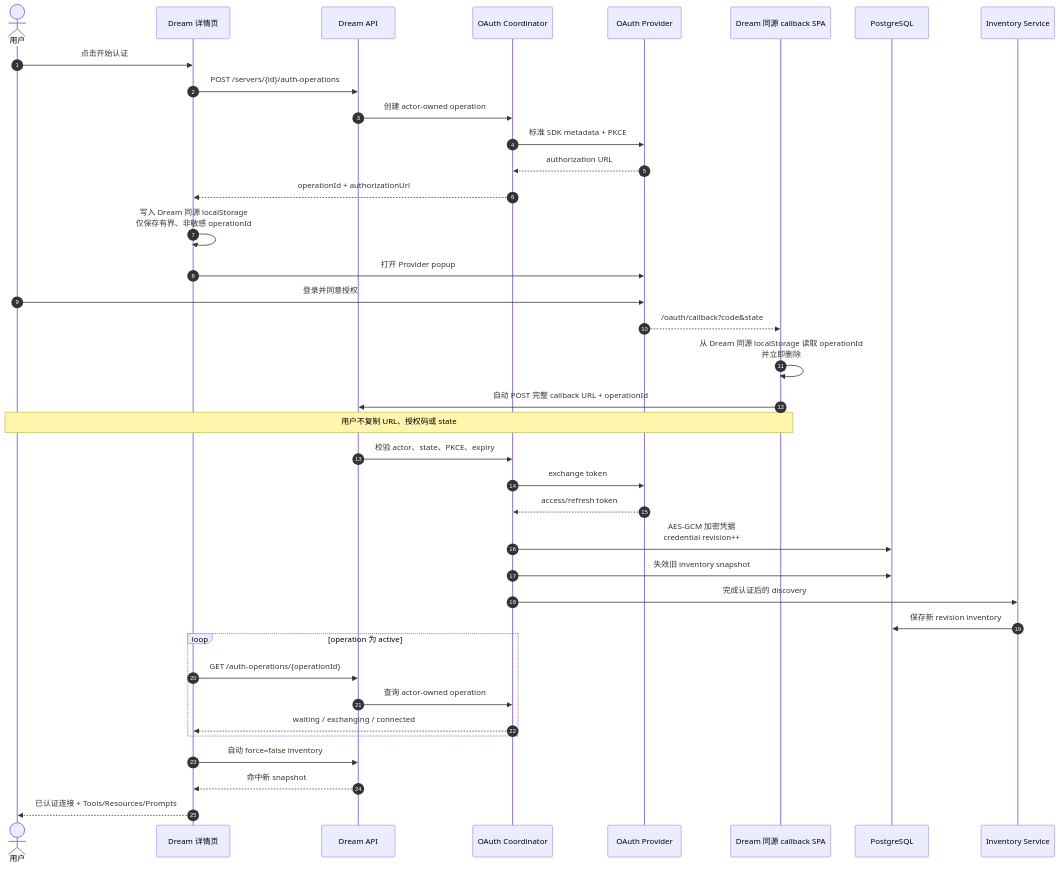
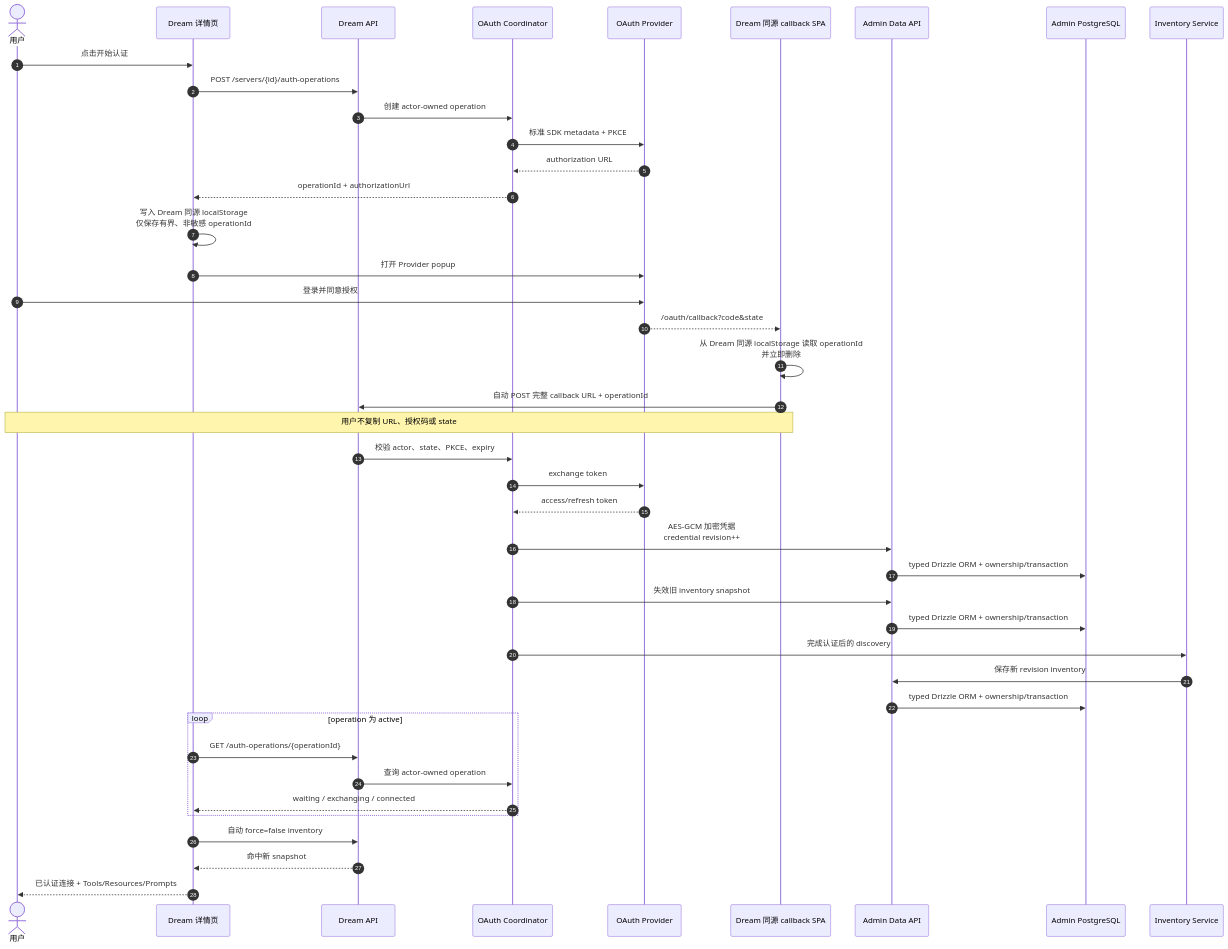
The fifth of 10 diagrams in docs/design/claude-agent/dream-managed-mcp-business-sequences.md (glide-the/im-dream), drawn with Mermaid before and after one commit. The commit also changed other lines of this file and 30 other files, not shown here.

```diff
--- a/docs/design/claude-agent/dream-managed-mcp-business-sequences.md
+++ b/docs/design/claude-agent/dream-managed-mcp-business-sequences.md
@@ -189,41 +207,45 @@
 ~~~mermaid
 sequenceDiagram
     autonumber
     actor U as 用户
     participant UI as Dream 详情页
     participant API as Dream API
     participant O as OAuth Coordinator
     participant P as OAuth Provider
     participant CB as Dream 同源 callback SPA
-    participant DB as PostgreSQL
+    participant Admin as Admin Data API
+    participant DB as Admin PostgreSQL
     participant D as Inventory Service
 
     U->>UI: 点击开始认证
     UI->>API: POST /servers/{id}/auth-operations
     API->>O: 创建 actor-owned operation
     O->>P: 标准 SDK metadata + PKCE
     P-->>O: authorization URL
     O-->>UI: operationId + authorizationUrl
     UI->>UI: 写入 Dream 同源 localStorage<br/>仅保存有界、非敏感 operationId
     UI->>P: 打开 Provider popup
     U->>P: 登录并同意授权
     P-->>CB: /oauth/callback?code&state
     CB->>CB: 从 Dream 同源 localStorage 读取 operationId<br/>并立即删除
     CB->>API: 自动 POST 完整 callback URL + operationId
     Note over U,CB: 用户不复制 URL、授权码或 state
     API->>O: 校验 actor、state、PKCE、expiry
     O->>P: exchange token
     P-->>O: access/refresh token
-    O->>DB: AES-GCM 加密凭据<br/>credential revision++
-    O->>DB: 失效旧 inventory snapshot
+    O->>Admin: AES-GCM 加密凭据<br/>credential revision++
+    Admin->>DB: typed Drizzle ORM + ownership/transaction
+    O->>Admin: 失效旧 inventory snapshot
+    Admin->>DB: typed Drizzle ORM + ownership/transaction
     O->>D: 完成认证后的 discovery
-    D->>DB: 保存新 revision inventory
+    D->>Admin: 保存新 revision inventory
+    Admin->>DB: typed Drizzle ORM + ownership/transaction
     loop operation 为 active
         UI->>API: GET /auth-operations/{operationId}
         API->>O: 查询 actor-owned operation
         O-->>UI: waiting / exchanging / connected
     end
     UI->>API: 自动 force=false inventory
     API-->>UI: 命中新 snapshot
     UI-->>U: 已认证连接 + Tools/Resources/Prompts
 ~~~
```
